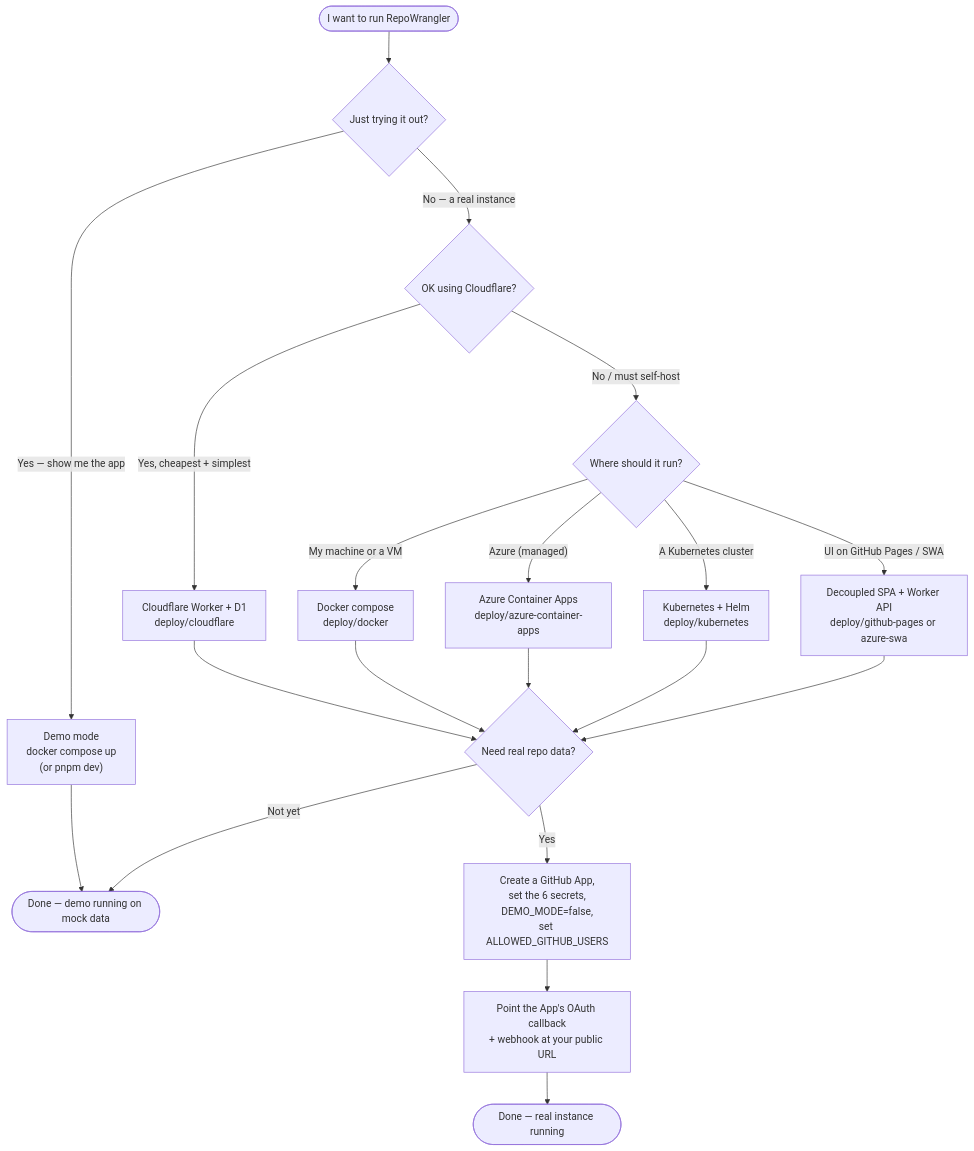
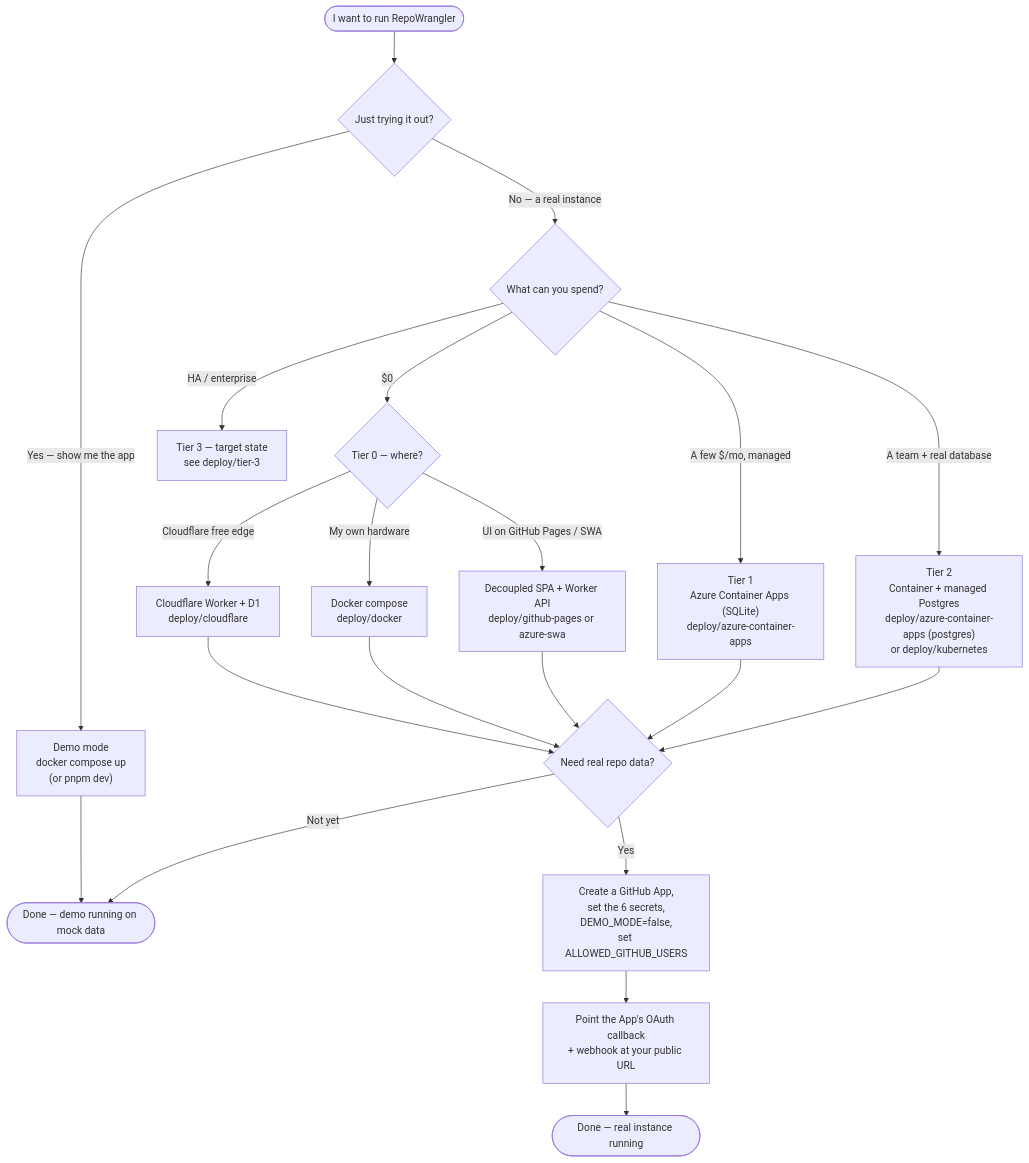
The diagram in docs/deployment.md (WranglerLabs/repo-wrangler), drawn with Mermaid before and after one commit. The commit also changed other lines of this file and 20 other files, not shown here.

````diff
--- a/docs/deployment.md
+++ b/docs/deployment.md
@@ -55,22 +77,23 @@
 ```mermaid
 flowchart TD
   start([I want to run RepoWrangler]) --> q1{Just trying it out?}
   q1 -->|"Yes — show me the app"| demo["Demo mode<br/>docker compose up<br/>(or pnpm dev)"]
-  q1 -->|"No — a real instance"| q2{"OK using Cloudflare?"}
-  q2 -->|"Yes, cheapest + simplest"| cf["Cloudflare Worker + D1<br/>deploy/cloudflare"]
-  q2 -->|"No / must self-host"| q3{"Where should it run?"}
-  q3 -->|"My machine or a VM"| dk["Docker compose<br/>deploy/docker"]
-  q3 -->|"Azure (managed)"| aca["Azure Container Apps<br/>deploy/azure-container-apps"]
-  q3 -->|"A Kubernetes cluster"| k8s["Kubernetes + Helm<br/>deploy/kubernetes"]
-  q3 -->|"UI on GitHub Pages / SWA"| dec["Decoupled SPA + Worker API<br/>deploy/github-pages or azure-swa"]
+  q1 -->|"No — a real instance"| q2{"What can you spend?"}
+  q2 -->|"$0"| t0{"Tier 0 — where?"}
+  q2 -->|"A few $/mo, managed"| t1["Tier 1<br/>Azure Container Apps (SQLite)<br/>deploy/azure-container-apps"]
+  q2 -->|"A team + real database"| t2["Tier 2<br/>Container + managed Postgres<br/>deploy/azure-container-apps (postgres)<br/>or deploy/kubernetes"]
+  q2 -->|"HA / enterprise"| t3["Tier 3 — target state<br/>see deploy/tier-3"]
+  t0 -->|"Cloudflare free edge"| cf["Cloudflare Worker + D1<br/>deploy/cloudflare"]
+  t0 -->|"My own hardware"| dk["Docker compose<br/>deploy/docker"]
+  t0 -->|"UI on GitHub Pages / SWA"| dec["Decoupled SPA + Worker API<br/>deploy/github-pages or azure-swa"]
   cf --> real{"Need real repo data?"}
   dk --> real
-  aca --> real
-  k8s --> real
   dec --> real
+  t1 --> real
+  t2 --> real
   demo --> donedemo([Done — demo running on mock data])
   real -->|"Not yet"| donedemo
   real -->|"Yes"| ga["Create a GitHub App,<br/>set the 6 secrets,<br/>DEMO_MODE=false,<br/>set ALLOWED_GITHUB_USERS"]
   ga --> pointat["Point the App's OAuth callback<br/>+ webhook at your public URL"]
   pointat --> donereal([Done — real instance running])
 ```
````
